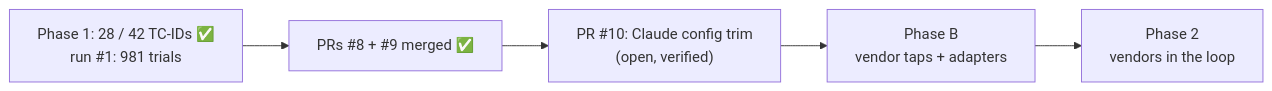
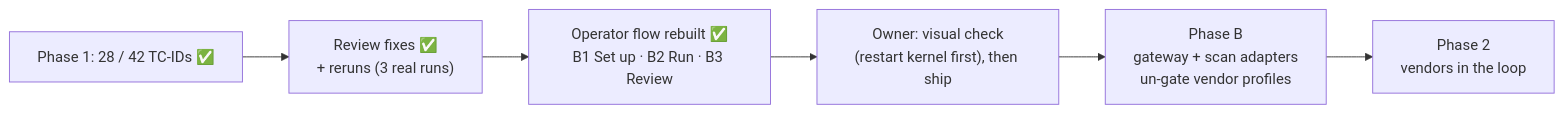
Before and after one commit to hackershmave1/guardrail-eval: the diagram in STATUS.md, drawn with Mermaid. The commit also changed other lines of this file and 3 other files, not shown here.

````diff
--- a/STATUS.md
+++ b/STATUS.md
@@ -6,7 +6,8 @@
 ```mermaid
 flowchart LR
-    A["Phase 1: 28 / 42 TC-IDs ✅<br/>run #1: 981 trials"] --> B["PRs #8 + #9 merged ✅"]
-    B --> C["PR #10: Claude config trim<br/>(open, verified)"]
-    C --> D["Phase B<br/>vendor taps + adapters"]
-    D --> E["Phase 2<br/>vendors in the loop"]
+    A["Phase 1: 28 / 42 TC-IDs ✅"] --> B["Review fixes ✅<br/>+ reruns (3 real runs)"]
+    B --> C["Operator flow rebuilt ✅<br/>B1 Set up · B2 Run · B3 Review"]
+    C --> D["Owner: visual check<br/>(restart kernel first), then ship"]
+    D --> E["Phase B<br/>gateway + scan adapters<br/>un-gate vendor profiles"]
+    E --> F["Phase 2<br/>vendors in the loop"]
 ```
````
